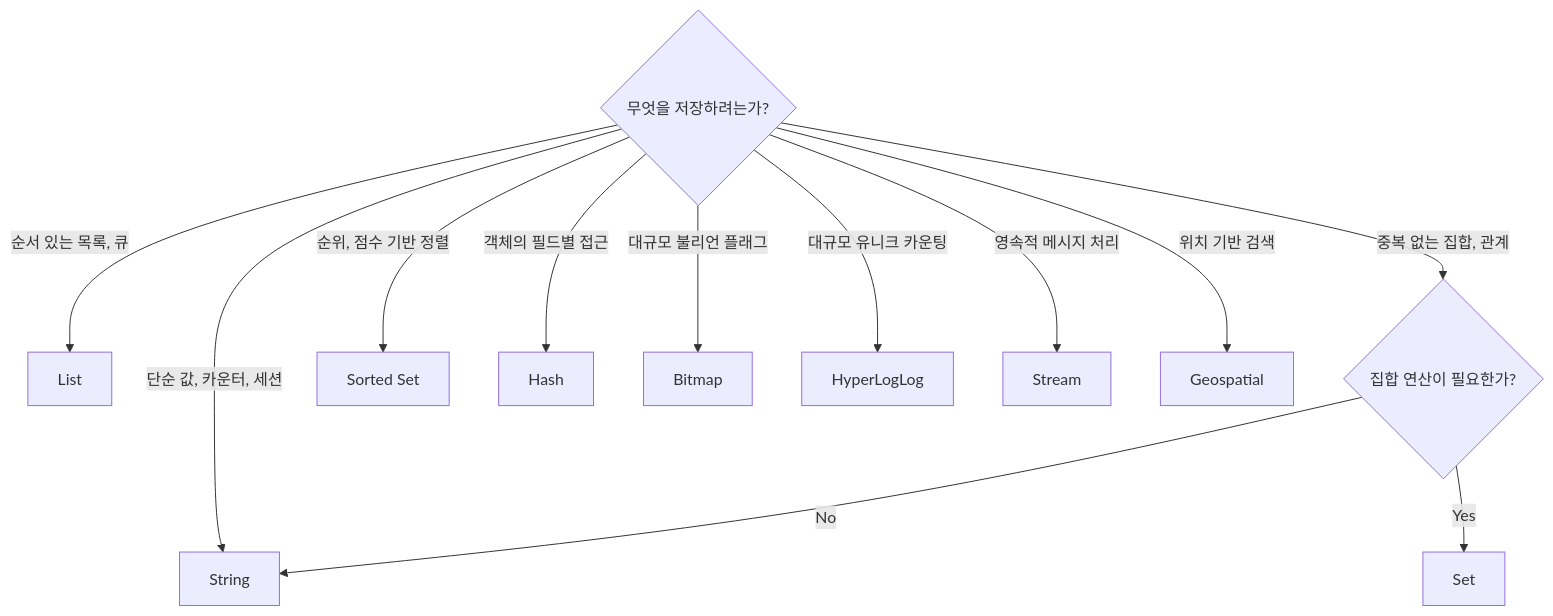
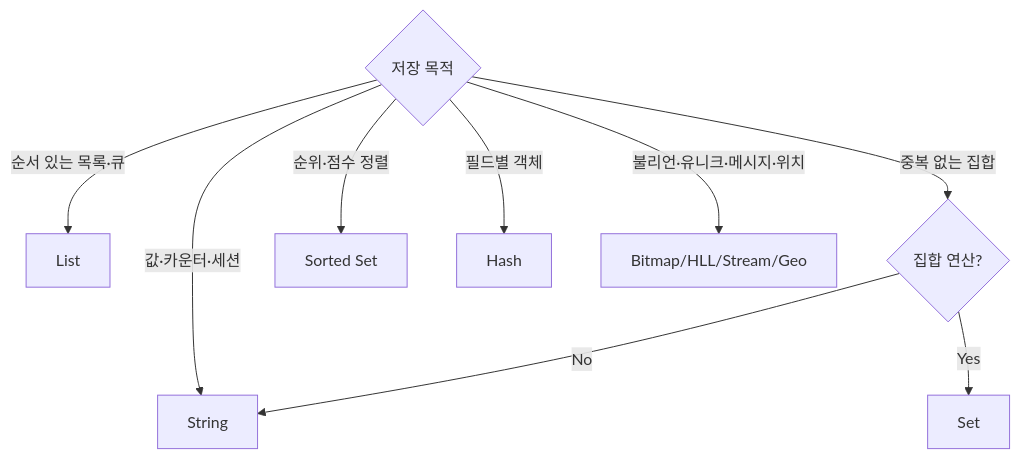
One commit to yjkim2015/yjkim2015.github.io changed the diagram in _posts/redis/2026-05-01-redis-data-structures.md. Above: the diagram before and after it, drawn with Mermaid. The commit also changed 215 other files, not shown here.

First line of the commit message:
신규 포스트 10개 추가 + Mermaid 전면 축소 + SystemDesign 시리즈 보강

````diff
--- a/_posts/redis/2026-05-01-redis-data-structures.md
+++ b/_posts/redis/2026-05-01-redis-data-structures.md
@@ -448,15 +448,11 @@
 ```mermaid
 graph TD
-    Q1{"무엇을 저장하려는가?"}
-    Q1 -->|"단순 값, 카운터, 세션"| STRING["String"]
-    Q1 -->|"순서 있는 목록, 큐"| LIST["List"]
-    Q1 -->|"중복 없는 집합, 관계"| Q2{"집합 연산이 필요한가?"}
-    Q1 -->|"순위, 점수 기반 정렬"| ZSET["Sorted Set"]
-    Q1 -->|"객체의 필드별 접근"| HASH["Hash"]
-    Q1 -->|"대규모 불리언 플래그"| BITMAP["Bitmap"]
-    Q1 -->|"대규모 유니크 카운팅"| HLL["HyperLogLog"]
-    Q1 -->|"영속적 메시지 처리"| STREAM["Stream"]
-    Q1 -->|"위치 기반 검색"| GEO["Geospatial"]
-    Q2 -->|"Yes"| SET["Set"]
-    Q2 -->|"No"| STRING
+    Q1{"저장 목적"} -->|값·카운터·세션| STRING["String"]
+    Q1 -->|순서 있는 목록·큐| LIST["List"]
+    Q1 -->|중복 없는 집합| Q2{"집합 연산?"}
+    Q1 -->|순위·점수 정렬| ZSET["Sorted Set"]
+    Q1 -->|필드별 객체| HASH["Hash"]
+    Q1 -->|불리언·유니크·메시지·위치| OTHER["Bitmap/HLL/Stream/Geo"]
+    Q2 -->|Yes| SET["Set"]
+    Q2 -->|No| STRING
 ```
````
